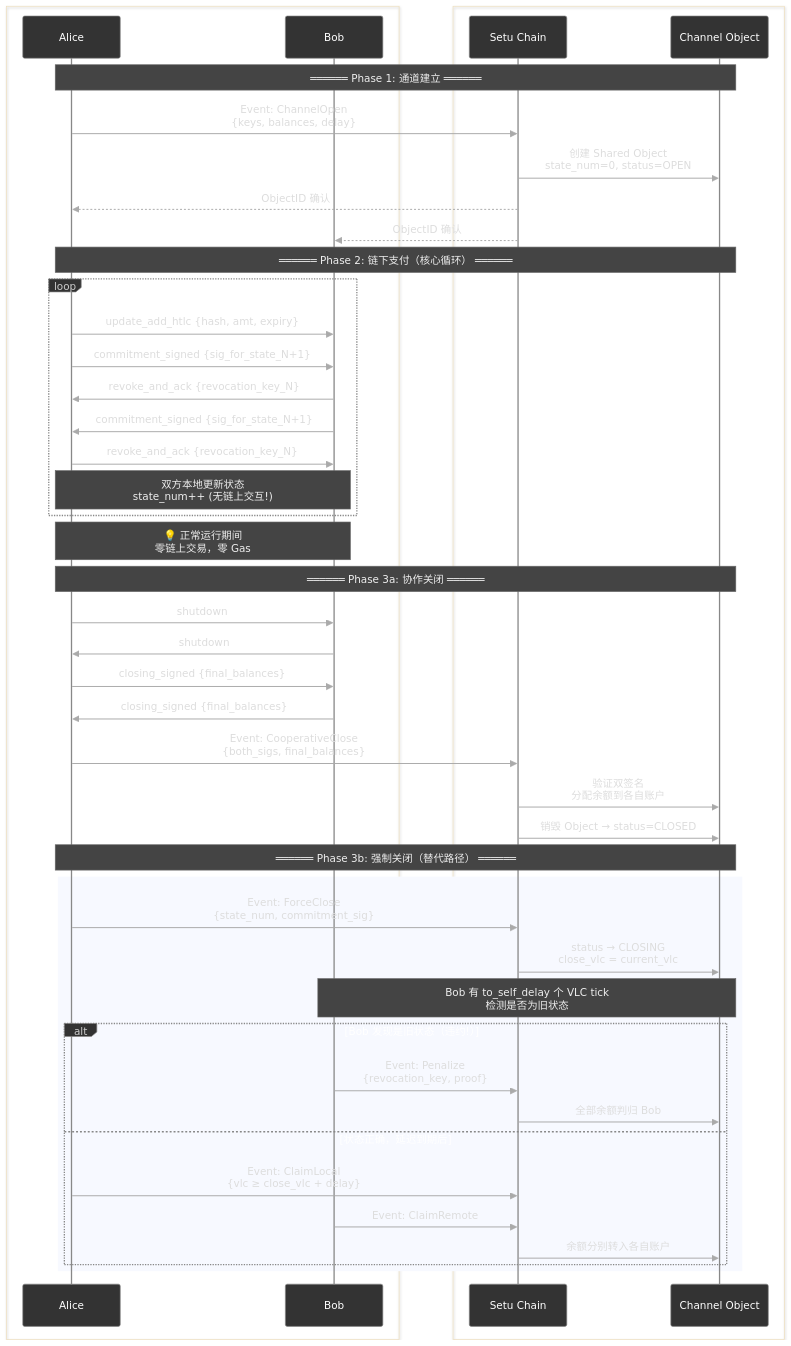
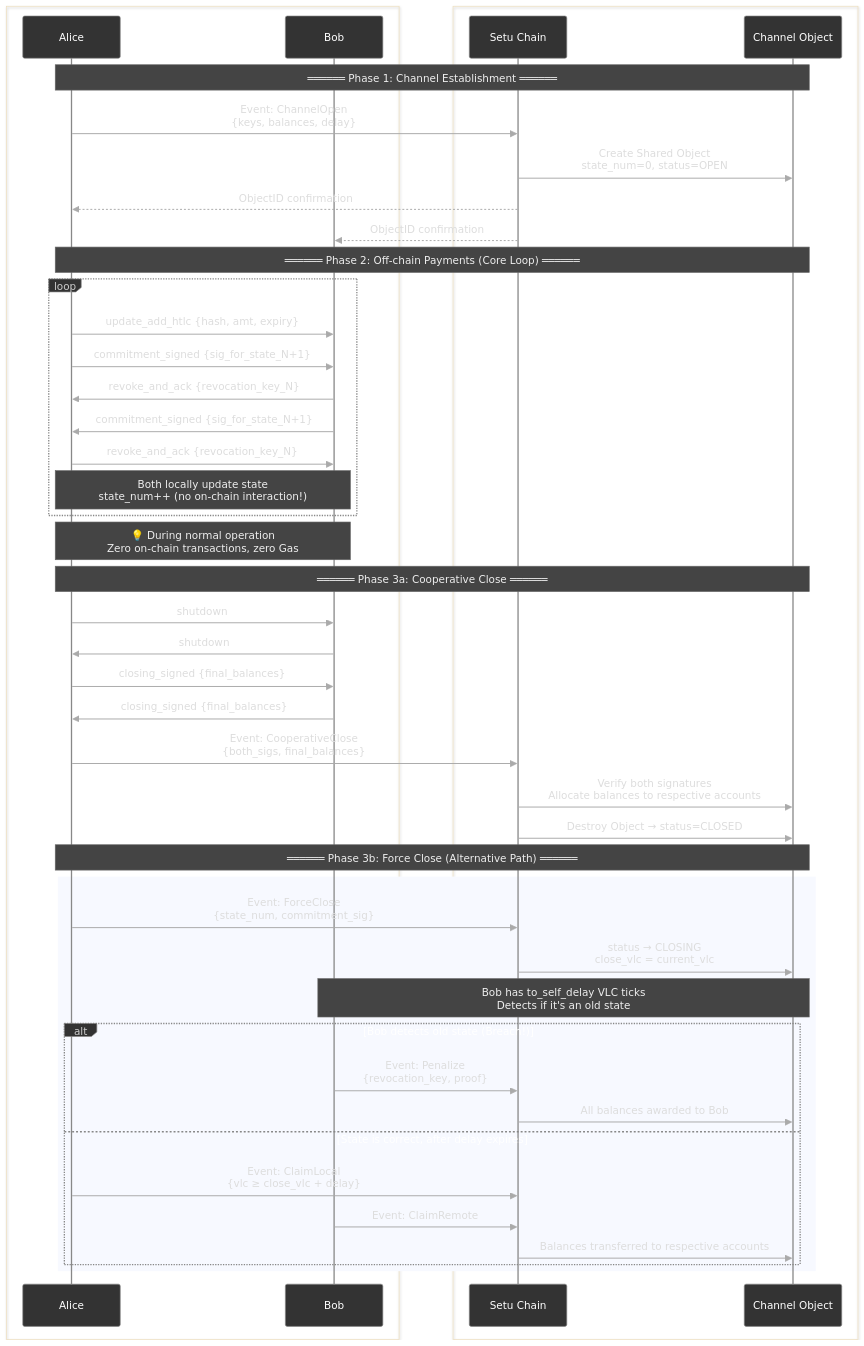
The ninth of 9 diagrams in 1-refactor-docs/setu/lnd-and-setu-integration.md (loka-network/loka-p2p-lnd), drawn with Mermaid before and after one commit. The commit also changed other lines of this file and 12 other files, not shown here.

````diff
--- a/1-refactor-docs/setu/lnd-and-setu-integration.md
+++ b/1-refactor-docs/setu/lnd-and-setu-integration.md
@@ -493,78 +493,78 @@
 ```mermaid
 %%{init: {
   'theme': 'base',
   'themeVariables': {
     'actorBorder': '#888888',
     'actorBkg': '#333333',
     'actorTextColor': '#ffffff',
     'noteBkgColor': '#444444',
     'noteBorderColor': '#666666',
     'noteTextColor': '#eeeeee',
     'signalColor': '#aaaaaa',
     'signalTextColor': '#dddddd',
     'labelTextColor': '#cccccc',
     'loopTextColor': '#ffffff',
     'activationBkgColor': '#3a3a3a',
     'fillType0': '#2a2a2a'
   }
 }}%%
 
 sequenceDiagram
-    box #2a2a2a 链下（Lightning Protocol）
+    box #2a2a2a Off-chain (Lightning Protocol)
         participant Alice
         participant Bob
     end
-    box #3a3a3a 链上（Setu DAG）
+    box #3a3a3a On-chain (Setu DAG)
         participant SetuChain as Setu Chain
         participant ChanObj as Channel Object
     end
 
-    Note over Alice, ChanObj: ══════ Phase 1: 通道建立 ══════
+    Note over Alice, ChanObj: ══════ Phase 1: Channel Establishment ══════
 
     Alice->>SetuChain: Event: ChannelOpen<br/>{keys, balances, delay}
-    SetuChain->>ChanObj: 创建 Shared Object<br/>state_num=0, status=OPEN
-    SetuChain-->>Alice: ObjectID 确认
-    SetuChain-->>Bob: ObjectID 确认
+    SetuChain->>ChanObj: Create Shared Object<br/>state_num=0, status=OPEN
+    SetuChain-->>Alice: ObjectID confirmation
+    SetuChain-->>Bob: ObjectID confirmation
 
-    Note over Alice, ChanObj: ══════ Phase 2: 链下支付（核心循环） ══════
+    Note over Alice, ChanObj: ══════ Phase 2: Off-chain Payments (Core Loop) ══════
 
-    loop 每次支付/转发
+    loop Each payment/forwarding
         Alice->>Bob: update_add_htlc {hash, amt, expiry}
         Alice->>Bob: commitment_signed {sig_for_state_N+1}
         Bob->>Alice: revoke_and_ack {revocation_key_N}
         Bob->>Alice: commitment_signed {sig_for_state_N+1}
         Alice->>Bob: revoke_and_ack {revocation_key_N}
-        Note over Alice, Bob: 双方本地更新状态<br/>state_num++ (无链上交互!)
+        Note over Alice, Bob: Both locally update state<br/>state_num++ (no on-chain interaction!)
     end
 
-    Note over Alice, Bob: 💡 正常运行期间<br/>零链上交易，零 Gas
+    Note over Alice, Bob: 💡 During normal operation<br/>Zero on-chain transactions, zero Gas
 
-    Note over Alice, ChanObj: ══════ Phase 3a: 协作关闭 ══════
+    Note over Alice, ChanObj: ══════ Phase 3a: Cooperative Close ══════
 
     Alice->>Bob: shutdown
     Bob->>Alice: shutdown
     Alice->>Bob: closing_signed {final_balances}
     Bob->>Alice: closing_signed {final_balances}
 
     Alice->>SetuChain: Event: CooperativeClose<br/>{both_sigs, final_balances}
-    SetuChain->>ChanObj: 验证双签名<br/>分配余额到各自账户
-    SetuChain->>ChanObj: 销毁 Object → status=CLOSED
+    SetuChain->>ChanObj: Verify both signatures<br/>Allocate balances to respective accounts
+    SetuChain->>ChanObj: Destroy Object → status=CLOSED
 
-    Note over Alice, ChanObj: ══════ Phase 3b: 强制关闭（替代路径） ══════
+    Note over Alice, ChanObj: ══════ Phase 3b: Force Close (Alternative Path) ══════
 
     rect #4a4a4a
         Alice->>SetuChain: Event: ForceClose<br/>{state_num, commitment_sig}
         SetuChain->>ChanObj: status → CLOSING<br/>close_vlc = current_vlc
 
-        Note over Bob, ChanObj: Bob 有 to_self_delay 个 VLC tick<br/>检测是否为旧状态
+        Note over Bob, ChanObj: Bob has to_self_delay VLC ticks<br/>Detects if it's an old state
 
-        alt Bob 发现是旧状态（违约!）
+        alt Bob detects old state (Breach!)
             Bob->>SetuChain: Event: Penalize<br/>{revocation_key, proof}
-            SetuChain->>ChanObj: 全部余额判归 Bob
-        else 状态正确，延迟到期后
+            SetuChain->>ChanObj: All balances awarded to Bob
+        else State is correct, after delay expires
             Alice->>SetuChain: Event: ClaimLocal<br/>{vlc ≥ close_vlc + delay}
             Bob->>SetuChain: Event: ClaimRemote
-            SetuChain->>ChanObj: 余额分别转入各自账户
+            SetuChain->>ChanObj: Balances transferred to respective accounts
         end
     end
 ```
````
